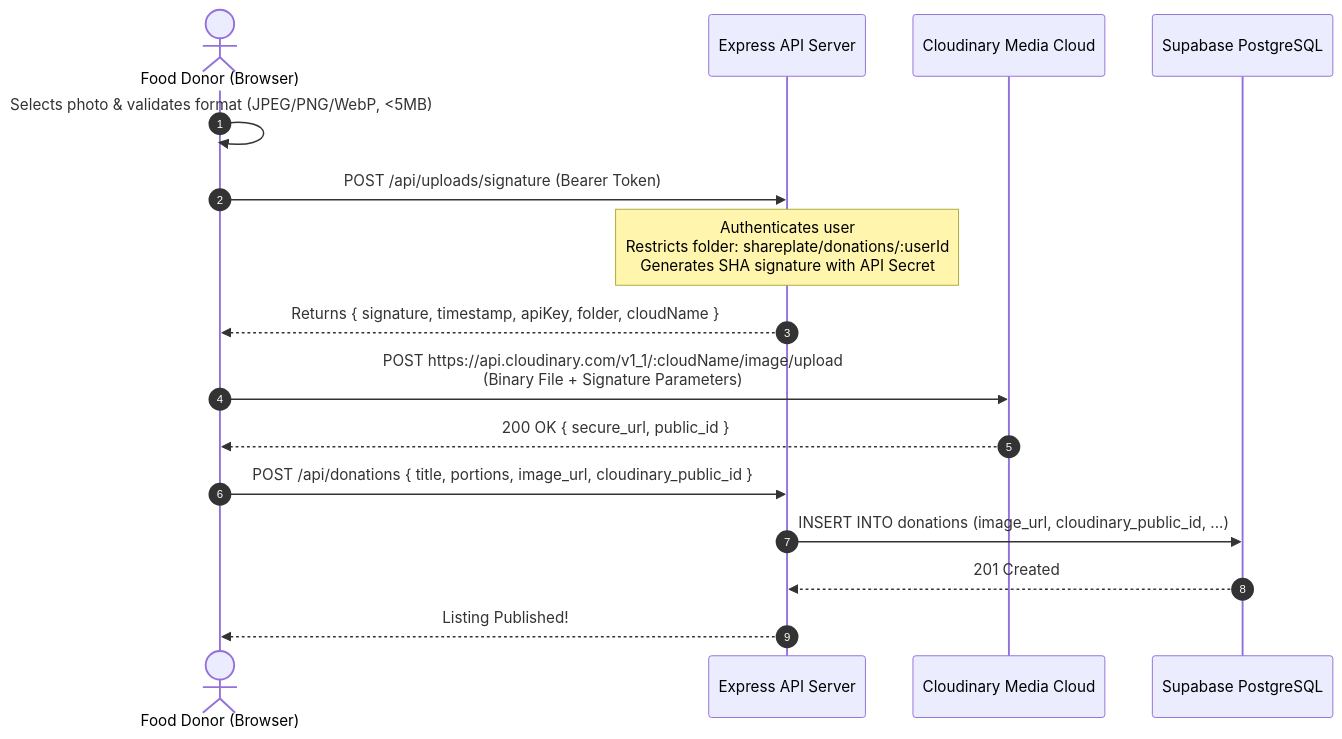
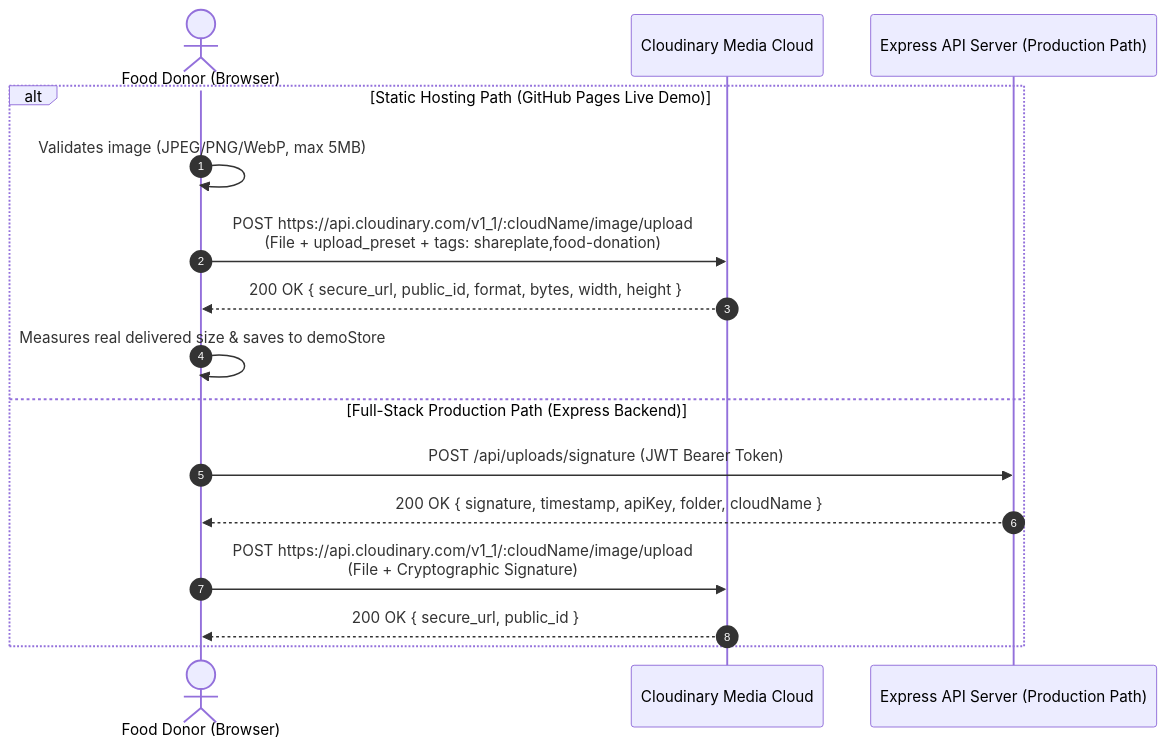
The diagram in docs/cloudinary.md (pratitdedhia/SharePlate), drawn with Mermaid before and after one commit. The commit also changed other lines of this file and 61 other files, not shown here.

````diff
--- a/docs/cloudinary.md
+++ b/docs/cloudinary.md
@@ -19,19 +21,19 @@
 ```mermaid
 sequenceDiagram
     autonumber
     actor Donor as Food Donor (Browser)
-    participant API as Express API Server
     participant Cloud as Cloudinary Media Cloud
-    participant DB as Supabase PostgreSQL
+    participant API as Express API Server (Production Path)
 
-    Donor->>Donor: Selects photo & validates format (JPEG/PNG/WebP, <5MB)
-    Donor->>API: POST /api/uploads/signature (Bearer Token)
-    Note over API: Authenticates user<br/>Restricts folder: shareplate/donations/:userId<br/>Generates SHA signature with API Secret
-    API-->>Donor: Returns { signature, timestamp, apiKey, folder, cloudName }
-    Donor->>Cloud: POST https://api.cloudinary.com/v1_1/:cloudName/image/upload<br/>(Binary File + Signature Parameters)
-    Cloud-->>Donor: 200 OK { secure_url, public_id }
-    Donor->>API: POST /api/donations { title, portions, image_url, cloudinary_public_id }
-    API->>DB: INSERT INTO donations (image_url, cloudinary_public_id, ...)
-    DB-->>API: 201 Created
-    API-->>Donor: Listing Published!
+    alt Static Hosting Path (GitHub Pages Live Demo)
+        Donor->>Donor: Validates image (JPEG/PNG/WebP, max 5MB)
+        Donor->>Cloud: POST https://api.cloudinary.com/v1_1/:cloudName/image/upload<br/>(File + upload_preset + tags: shareplate,food-donation)
+        Cloud-->>Donor: 200 OK { secure_url, public_id, format, bytes, width, height }
+        Donor->>Donor: Measures real delivered size & saves to demoStore
+    else Full-Stack Production Path (Express Backend)
+        Donor->>API: POST /api/uploads/signature (JWT Bearer Token)
+        API-->>Donor: 200 OK { signature, timestamp, apiKey, folder, cloudName }
+        Donor->>Cloud: POST https://api.cloudinary.com/v1_1/:cloudName/image/upload<br/>(File + Cryptographic Signature)
+        Cloud-->>Donor: 200 OK { secure_url, public_id }
+    end
 ```
````
